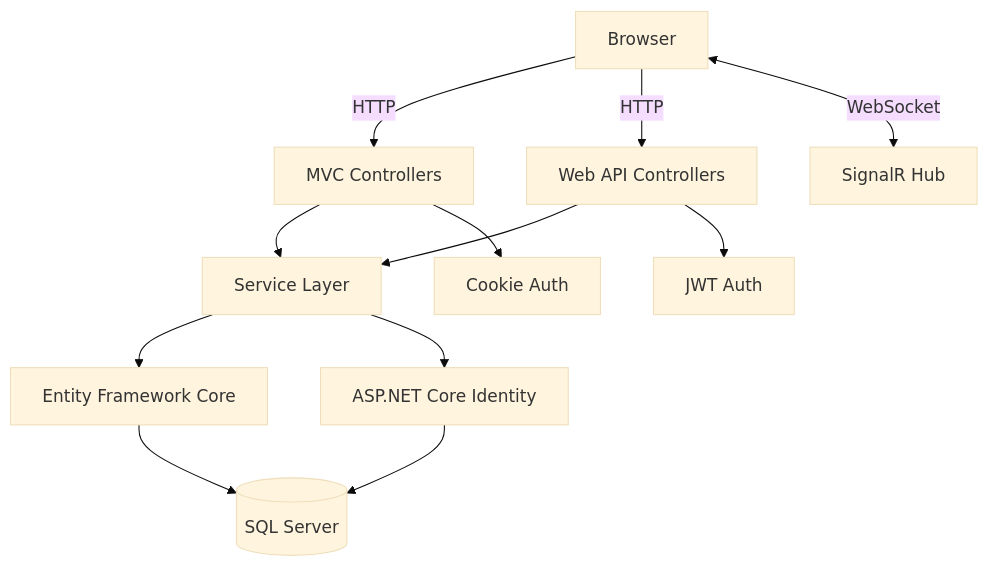
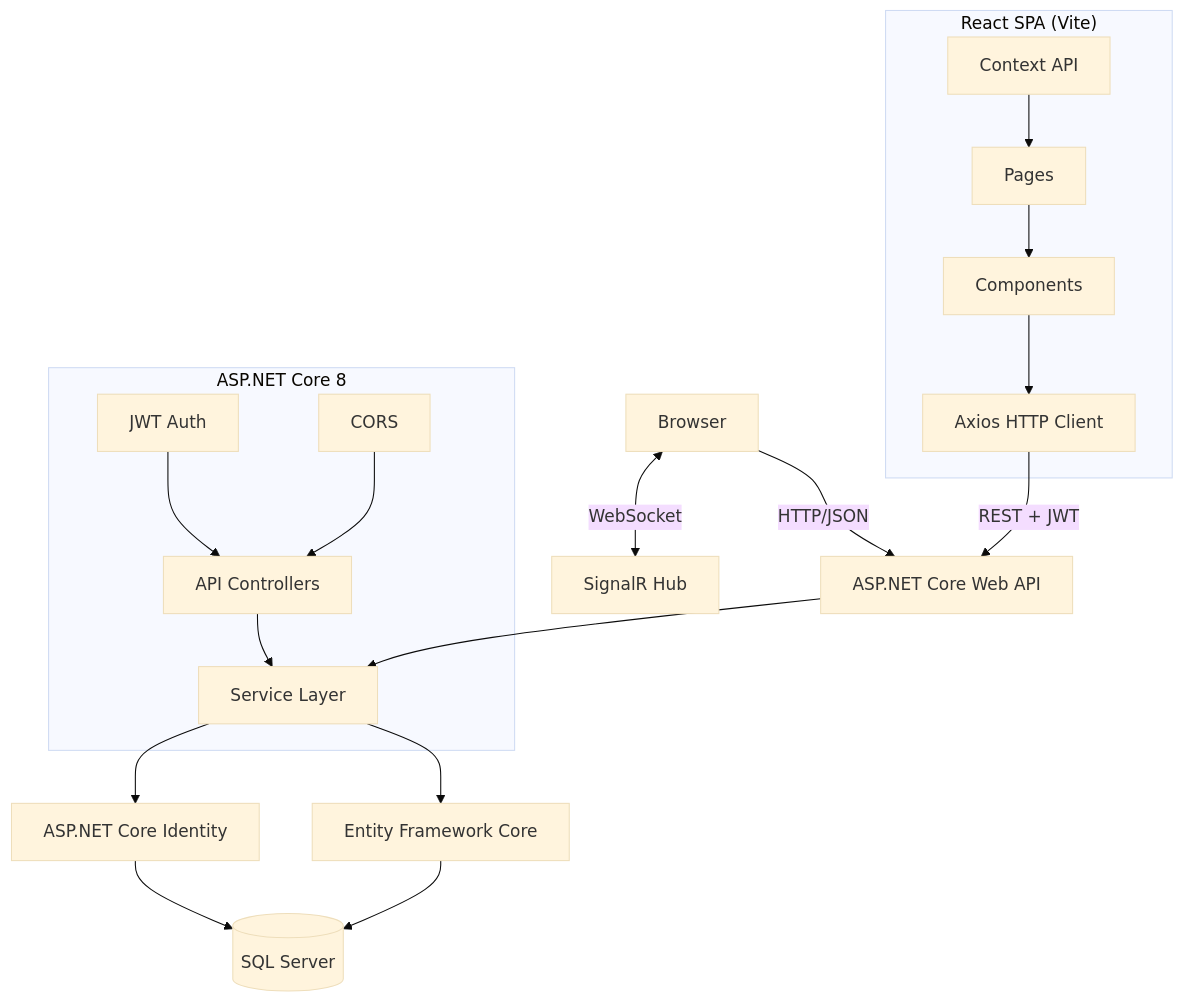
The diagram in .agent/ARCHITECTURE.md (Prof-bilal/ContestAzam), drawn with Mermaid (base theme) before and after one commit. The commit also changed other lines of this file and 24 other files, not shown here.

First line of the commit message:
feat!: migrate tech stack to React + ASP.NET Core Web API

````diff
--- a/.agent/ARCHITECTURE.md
+++ b/.agent/ARCHITECTURE.md
@@ -26,18 +22,25 @@
 ```mermaid
 graph TB
-    Browser[Browser] -->|HTTP| MVC[MVC Controllers]
-    Browser -->|HTTP| API[Web API Controllers]
+    Browser[Browser] -->|HTTP/JSON| API[ASP.NET Core Web API]
     Browser <-->|WebSocket| SignalR[SignalR Hub]
 
-    MVC --> Services[Service Layer]
-    API --> Services
-
+    API --> Services[Service Layer]
     Services --> EF[Entity Framework Core]
     EF --> SQL[(SQL Server)]
-
     Services --> Identity[ASP.NET Core Identity]
     Identity --> SQL
 
-    API --> JWT[JWT Auth]
-    MVC --> Cookie[Cookie Auth]
+    subgraph "React SPA (Vite)"
+        Pages[Pages] --> Components[Components]
+        Components --> AxiosHTTP[Axios HTTP Client]
+        Context[Context API] --> Pages
+    end
+
+    subgraph "ASP.NET Core 8"
+        APIControllers[API Controllers] --> Services
+        JWT[JWT Auth] --> APIControllers
+        CORS[CORS] --> APIControllers
+    end
+
+    AxiosHTTP -->|REST + JWT| API
 ```
````
